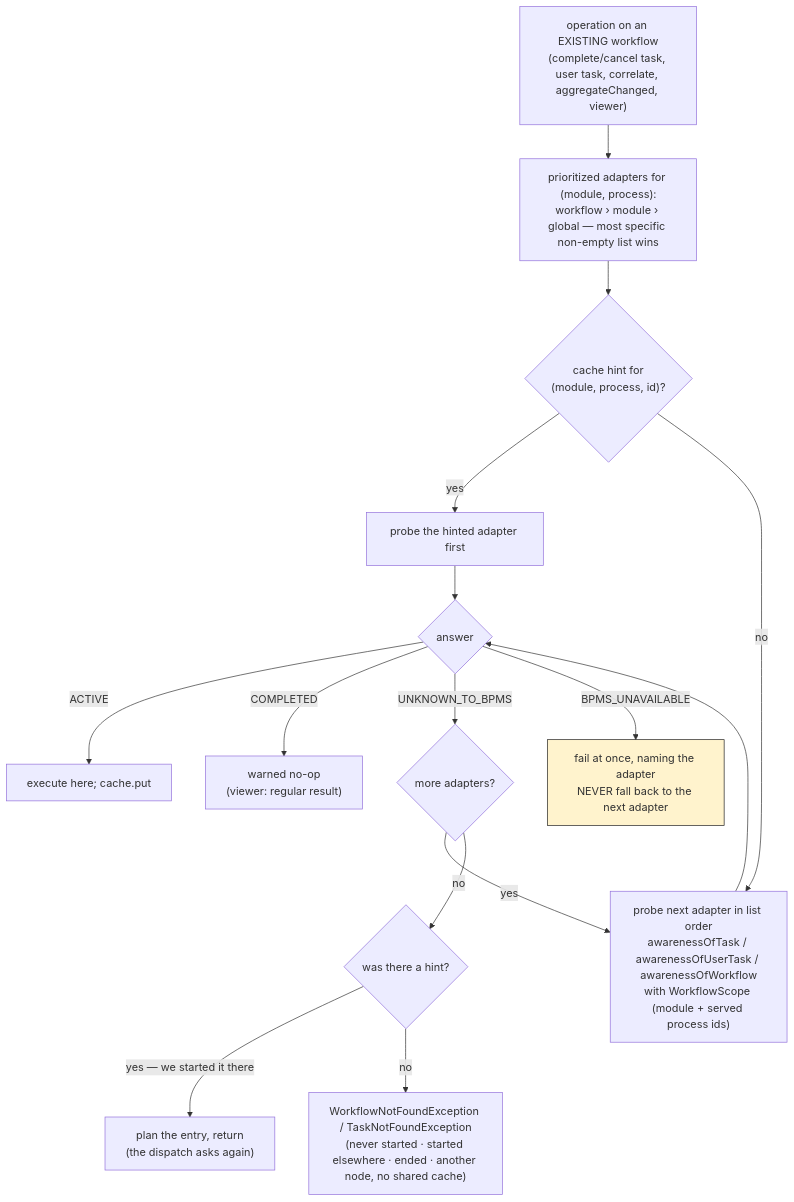
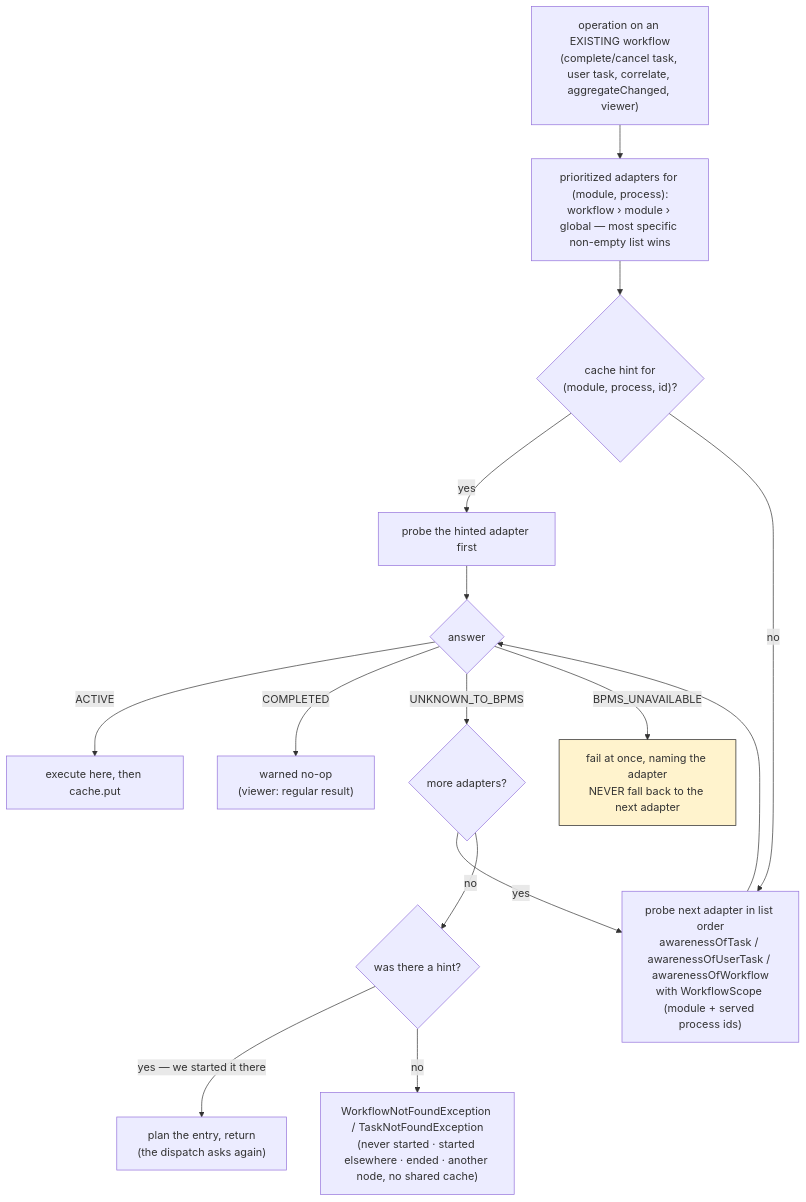
Before and after one commit to vanillabp/adapter-platform-integration: the second of 15 diagrams in migration-adapter/README.md, drawn with Mermaid. The commit also changed other lines of this file, not shown here.

````diff
--- a/migration-adapter/README.md
+++ b/migration-adapter/README.md
@@ -103,20 +103,20 @@
 ```mermaid
 flowchart TB
   S["operation on an EXISTING workflow<br/>(complete/cancel task, user task, correlate, aggregateChanged, viewer)"] --> L["prioritized adapters for (module, process):<br/>workflow › module › global — most specific non-empty list wins"]
   L --> H{"cache hint for<br/>(module, process, id)?"}
   H -->|yes| P0["probe the hinted adapter first"]
   H -->|no| P["probe next adapter in list order<br/>awarenessOfTask / awarenessOfUserTask / awarenessOfWorkflow<br/>with WorkflowScope (module + served process ids)"]
   P0 --> R
   P --> R{"answer"}
-  R -->|ACTIVE| OK["execute here; cache.put"]
+  R -->|ACTIVE| OK["execute here, then cache.put"]
   R -->|COMPLETED| CO["warned no-op<br/>(viewer: regular result)"]
   R -->|UNKNOWN_TO_BPMS| N{"more adapters?"}
   N -->|yes| P
   N -->|no| HH{"was there a hint?"}
   HH -->|"yes — we started it there"| SCH["plan the entry, return<br/>(the dispatch asks again)"]
   HH -->|no| NF["WorkflowNotFoundException / TaskNotFoundException<br/>(never started · started elsewhere · ended · another node, no shared cache)"]
   R -->|BPMS_UNAVAILABLE| F["fail at once, naming the adapter<br/>NEVER fall back to the next adapter"]
 
   classDef warn fill:#fff3cd,stroke:#1e1e1e;
   class F warn;
 ```
````
